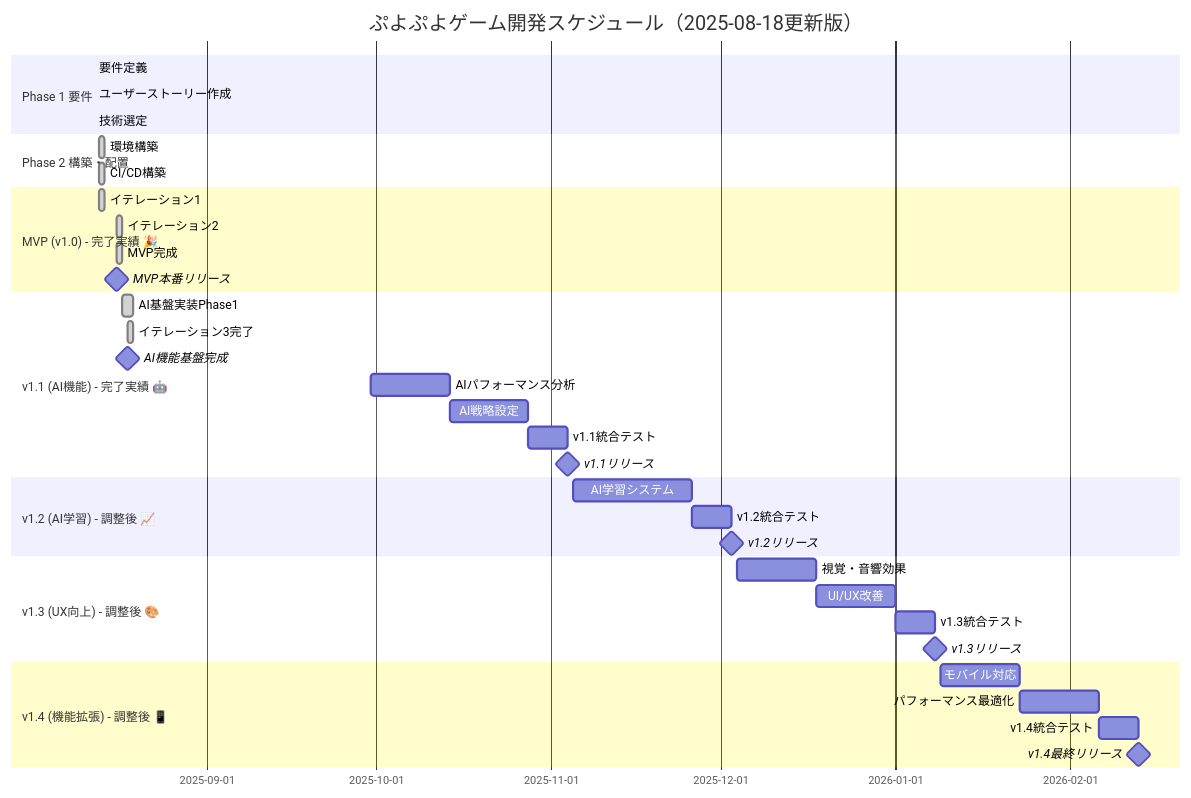
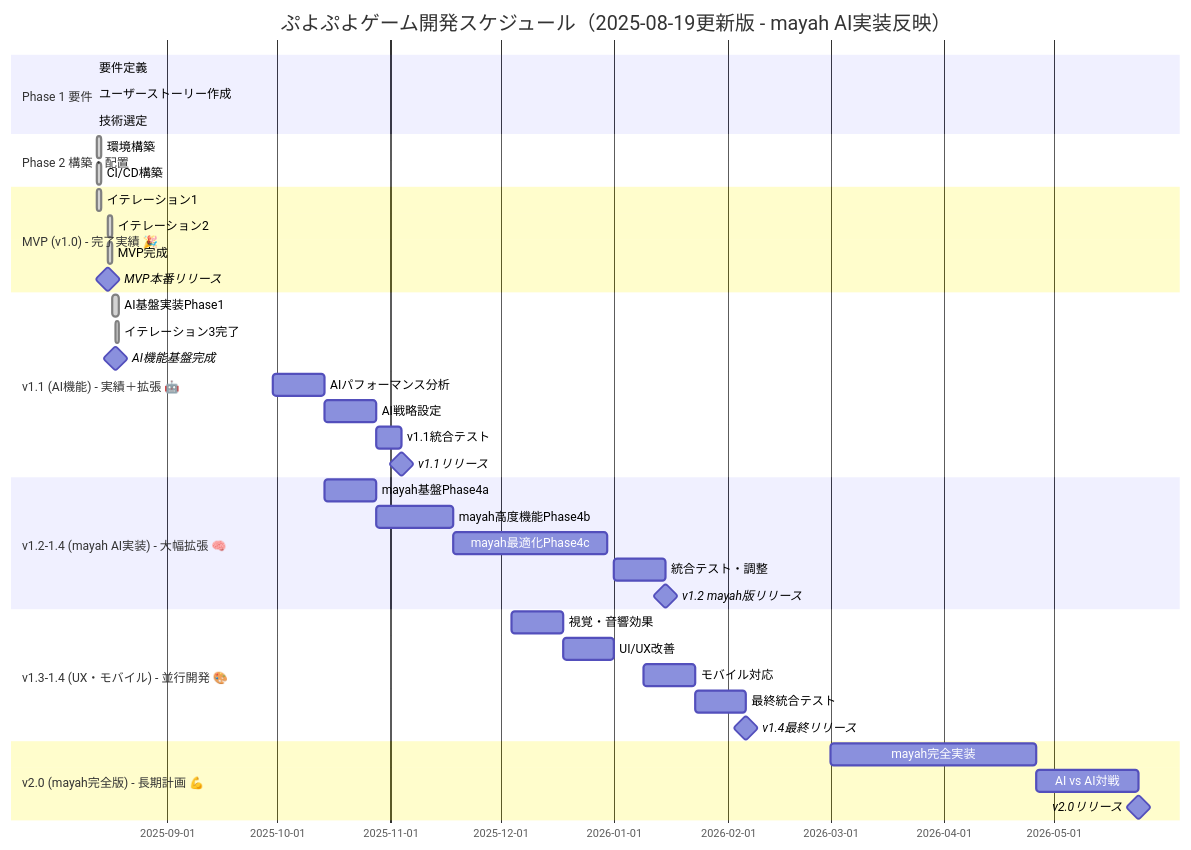
The second of 8 diagrams in docs/requirements/リリース計画.md (k2works/case-study-game-dev), drawn with Mermaid before and after one commit. The commit also changed other lines of this file and 3 other files, not shown here.

````diff
--- a/docs/requirements/リリース計画.md
+++ b/docs/requirements/リリース計画.md
@@ -182,45 +182,47 @@
 ```mermaid
 gantt
-    title ぷよぷよゲーム開発スケジュール（2025-08-18更新版）
+    title ぷよぷよゲーム開発スケジュール（2025-08-19更新版 - mayah AI実装反映）
     dateFormat  YYYY-MM-DD
     section Phase 1 要件
     要件定義           :done, req, 2025-08-12, 2025-08-12
     ユーザーストーリー作成 :done, us, 2025-08-12, 2025-08-12
     技術選定           :done, tech, 2025-08-12, 2025-08-12
     
     section Phase 2 構築・配置
     環境構築           :done, env, 2025-08-13, 1d
     CI/CD構築         :done, cicd, 2025-08-13, 1d
     
     section MVP (v1.0) - 完了実績 🎉
     イテレーション1     :done, iter1, 2025-08-13, 1d
     イテレーション2     :done, iter2, 2025-08-16, 1d
     MVP完成           :done, mvp-done, 2025-08-16, 1d
     MVP本番リリース    :milestone, mvp-rel, 2025-08-16, 0d
     
-    section v1.1 (AI機能) - 完了実績 🤖
+    section v1.1 (AI機能) - 実績＋拡張 🤖
     AI基盤実装Phase1   :done, v11-1, 2025-08-17, 2d
     イテレーション3完了 :done, iter3-done, 2025-08-18, 1d
     AI機能基盤完成     :milestone, v11-phase1, 2025-08-18, 0d
     AIパフォーマンス分析 :v11-2, 2025-09-30, 2w
     AI戦略設定        :v11-3, 2025-10-14, 2w
     v1.1統合テスト     :v11-test, 2025-10-28, 1w
     v1.1リリース      :milestone, v11-rel, 2025-11-04, 0d
     
-    section v1.2 (AI学習) - 調整後 📈
-    AI学習システム     :v12-1, 2025-11-05, 3w
-    v1.2統合テスト     :v12-test, 2025-11-26, 1w
-    v1.2リリース      :milestone, v12-rel, 2025-12-03, 0d
+    section v1.2-1.4 (mayah AI実装) - 大幅拡張 🧠
+    mayah基盤Phase4a   :v12-4a, 2025-10-14, 2w
+    mayah高度機能Phase4b :v12-4b, 2025-10-28, 3w
+    mayah最適化Phase4c :v12-4c, 2025-11-18, 6w
+    統合テスト・調整   :v12-test, 2026-01-01, 2w
+    v1.2 mayah版リリース :milestone, v12-mayah, 2026-01-15, 0d
     
-    section v1.3 (UX向上) - 調整後 🎨
+    section v1.3-1.4 (UX・モバイル) - 並行開発 🎨
     視覚・音響効果     :v13-1, 2025-12-04, 2w
     UI/UX改善         :v13-2, 2025-12-18, 2w
-    v1.3統合テスト     :v13-test, 2026-01-01, 1w
-    v1.3リリース      :milestone, v13-rel, 2026-01-08, 0d
+    モバイル対応       :v14-1, 2026-01-09, 2w
+    最終統合テスト     :v14-test, 2026-01-23, 2w
+    v1.4最終リリース   :milestone, v14-rel, 2026-02-06, 0d
     
-    section v1.4 (機能拡張) - 調整後 📱
-    モバイル対応       :v14-1, 2026-01-09, 2w
-    パフォーマンス最適化 :v14-2, 2026-01-23, 2w
-    v1.4統合テスト     :v14-test, 2026-02-06, 1w
-    v1.4最終リリース   :milestone, v14-rel, 2026-02-13, 0d
+    section v2.0 (mayah完全版) - 長期計画 💪
+    mayah完全実装      :v20-1, 2026-03-01, 8w
+    AI vs AI対戦      :v20-2, 2026-04-26, 4w
+    v2.0リリース      :milestone, v20-rel, 2026-05-24, 0d
 ```
````
